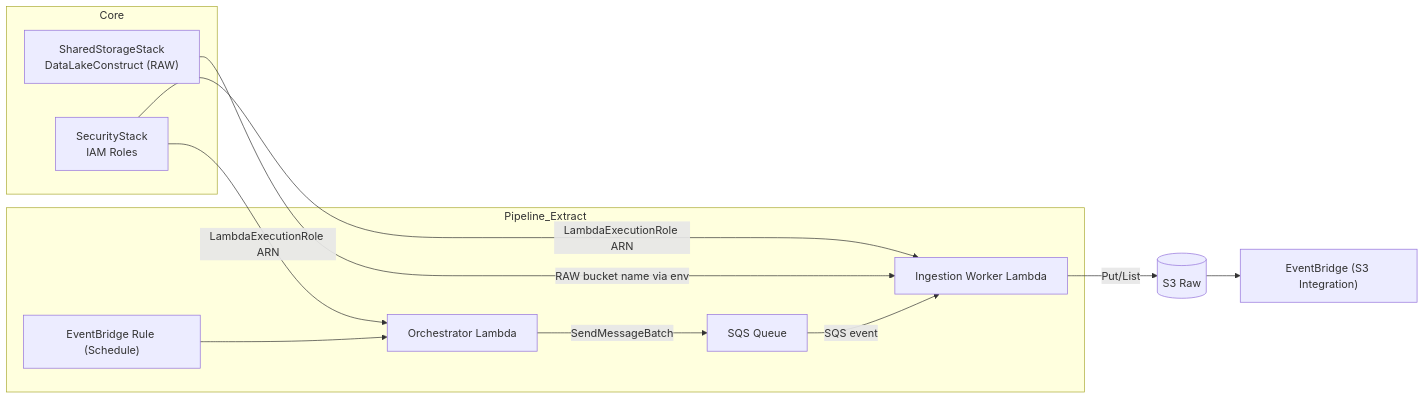
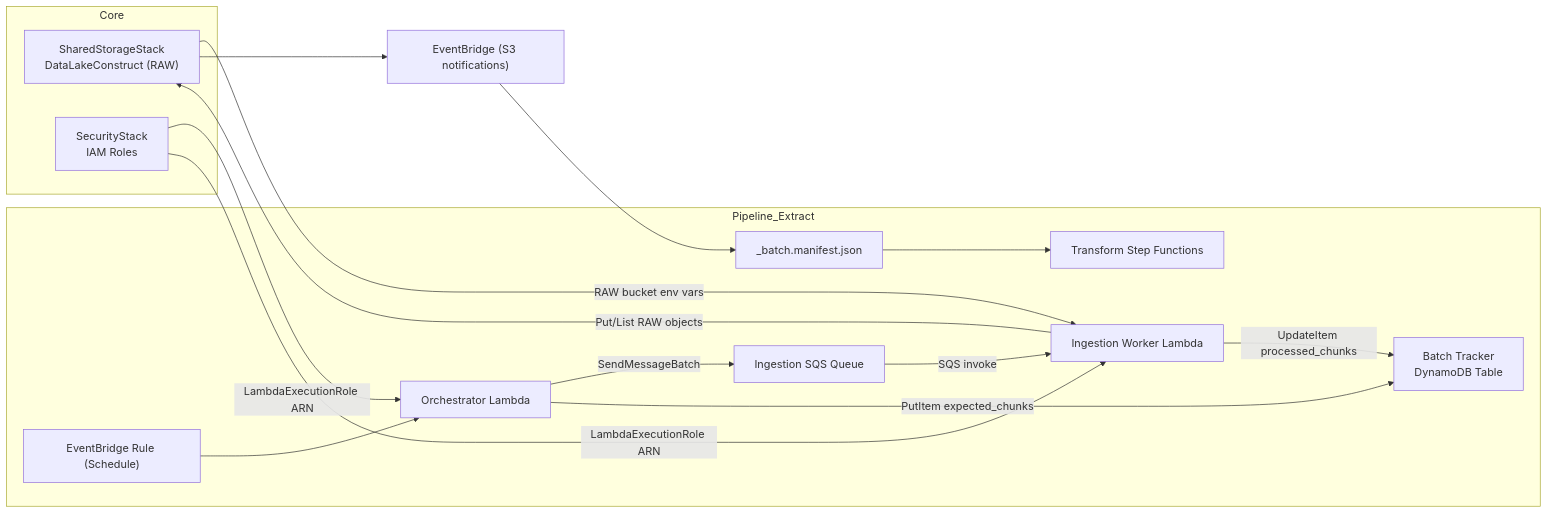
Before and after one commit to keemgdeok/fin-forge-pipeline: the diagram in docs/diagrams/extract/01-components.md, drawn with Mermaid. The commit also changed 10 other files, not shown here.

````diff
--- a/docs/diagrams/extract/01-components.md
+++ b/docs/diagrams/extract/01-components.md
@@ -1,22 +1,28 @@
 ```mermaid
 graph LR
   subgraph Core
     SS["SharedStorageStack<br/>DataLakeConstruct (RAW)"]
     SEC["SecurityStack<br/>IAM Roles"]
   end
   subgraph Pipeline_Extract
     EV["EventBridge Rule (Schedule)"]
     ORC["Orchestrator Lambda"]
-    SQS["SQS Queue"]
+    SQS["Ingestion SQS Queue"]
     WRK["Ingestion Worker Lambda"]
+    DDB["Batch Tracker<br/>DynamoDB Table"]
+    MAN["_batch.manifest.json"]
+    SFN["Transform Step Functions"]
   end
   SEC -->|LambdaExecutionRole ARN| ORC
   SEC -->|LambdaExecutionRole ARN| WRK
-  SS -->|RAW bucket name via env| WRK
+  SS -->|RAW bucket env vars| WRK
   EV --> ORC
   ORC -->|SendMessageBatch| SQS
-  SQS -->|SQS event| WRK
-  WRK -->|Put/List| RAW[(S3 Raw)]
-  RAW --> EB["EventBridge (S3 Integration)"]
-
+  ORC -->|PutItem expected_chunks| DDB
+  SQS -->|SQS invoke| WRK
+  WRK -->|Put/List RAW objects| SS
+  WRK -->|UpdateItem processed_chunks| DDB
+  SS --> EB["EventBridge (S3 notifications)"]
+  EB --> MAN
+  MAN --> SFN
 ```
````
